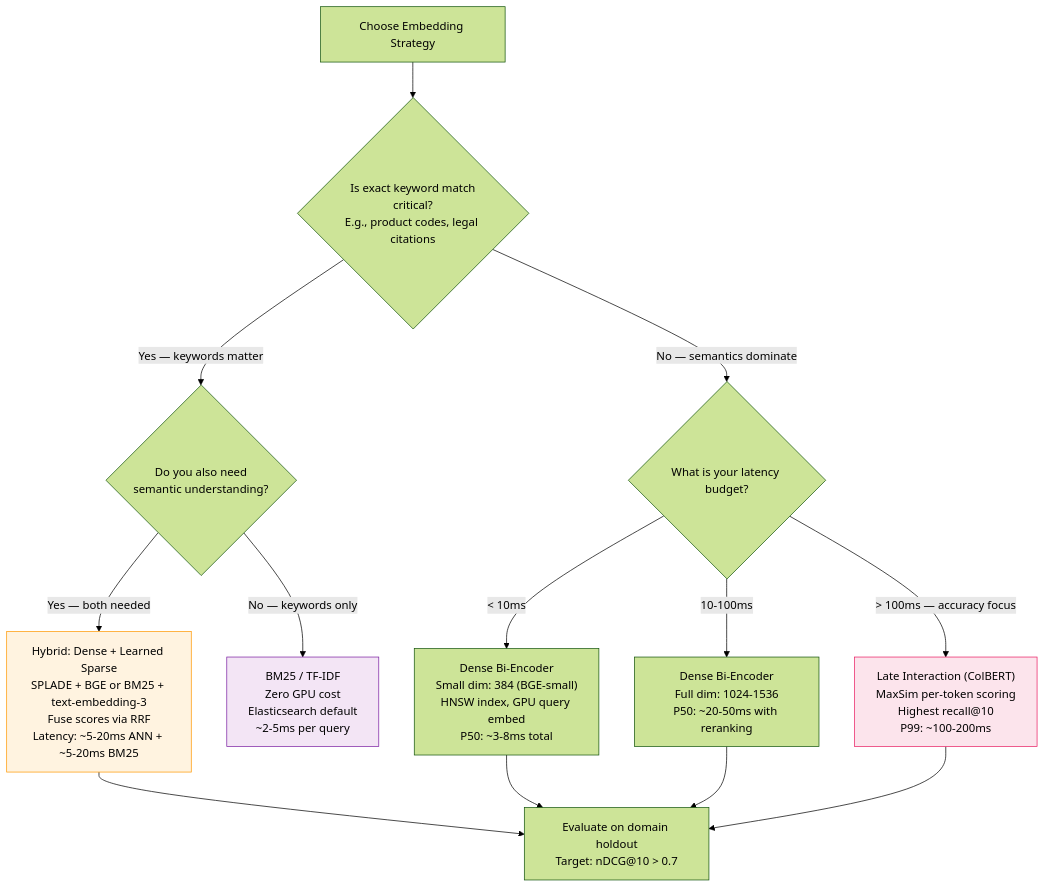
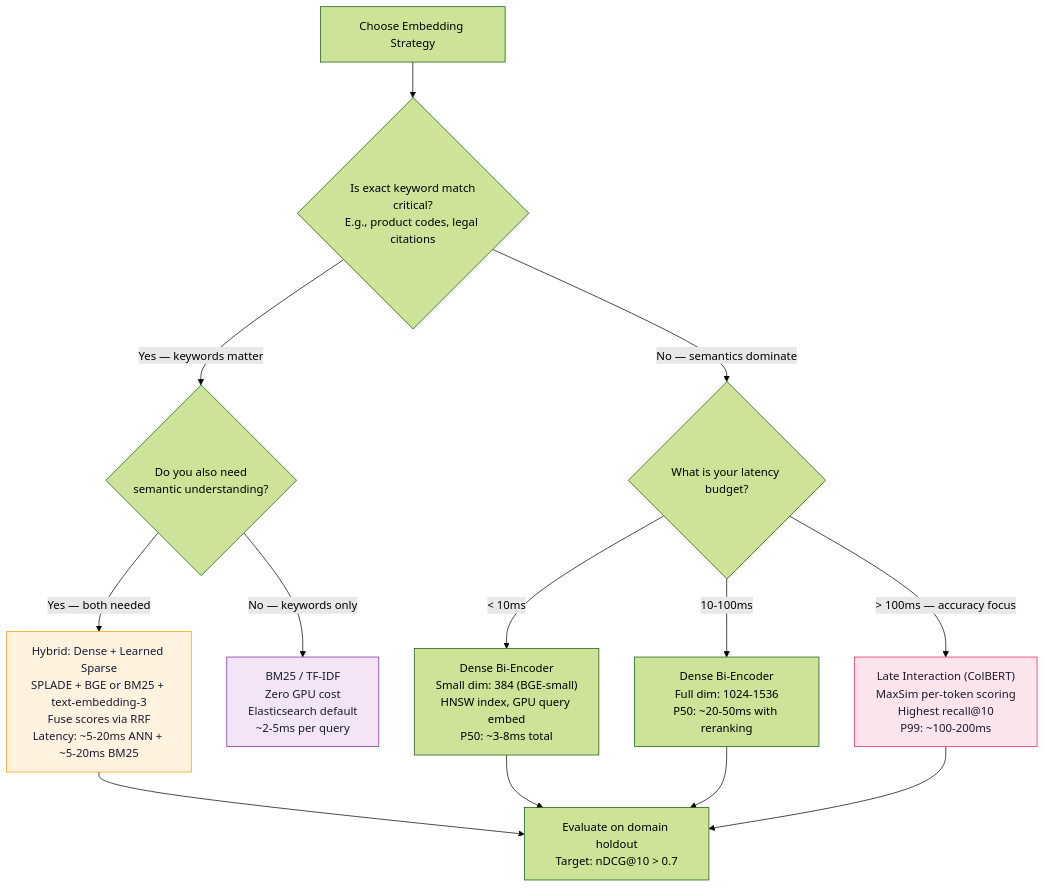
One commit to GyanendraChaubey/AI-System-Design-Notes changed the sixth of 7 diagrams in docs/05-retrieval-systems/01-embedding-models.md. Above: the diagram before and after it, drawn with Mermaid (forest theme). The commit also changed other lines of this file and 5 other files, not shown here.

First line of the commit message:
Fix Mermaid diagram rendering errors and dark/light mode color contrast (Sections 1-10)

````diff
--- a/docs/05-retrieval-systems/01-embedding-models.md
+++ b/docs/05-retrieval-systems/01-embedding-models.md
@@ -298,23 +298,23 @@
 ```mermaid
 flowchart TD
     A["Choose Embedding Strategy"] --> B{"Is exact keyword match\ncritical?\nE.g., product codes, legal citations"}
 
     B -->|"Yes — keywords matter"| C{"Do you also need\nsemantic understanding?"}
     B -->|"No — semantics dominate"| D{"What is your latency budget?"}
 
     C -->|"Yes — both needed"| E["Hybrid: Dense + Learned Sparse\nSPLADE + BGE or BM25 + text-embedding-3\nFuse scores via RRF\nLatency: ~5-20ms ANN + ~5-20ms BM25"]
     C -->|"No — keywords only"| F["BM25 / TF-IDF\nZero GPU cost\nElasticsearch default\n~2-5ms per query"]
 
     D -->|"< 10ms"| G["Dense Bi-Encoder\nSmall dim: 384 (BGE-small)\nHNSW index, GPU query embed\nP50: ~3-8ms total"]
     D -->|"10-100ms"| H["Dense Bi-Encoder\nFull dim: 1024-1536\nP50: ~20-50ms with reranking"]
     D -->|"> 100ms — accuracy focus"| I["Late Interaction (ColBERT)\nMaxSim per-token scoring\nHighest recall@10\nP99: ~100-200ms"]
 
     E --> J["Evaluate on domain holdout\nTarget: nDCG@10 > 0.7"]
     G --> J
     H --> J
     I --> J
 
-    style E fill:#fff3e0,stroke:#FF9800
-    style I fill:#fce4ec,stroke:#E91E63
-    style F fill:#f3e5f5,stroke:#7B1FA2
+    style E fill:#fff3e0,stroke:#FF9800,color:#1a1a2e
+    style I fill:#fce4ec,stroke:#E91E63,color:#1a1a2e
+    style F fill:#f3e5f5,stroke:#7B1FA2,color:#1a1a2e
 ```
````
